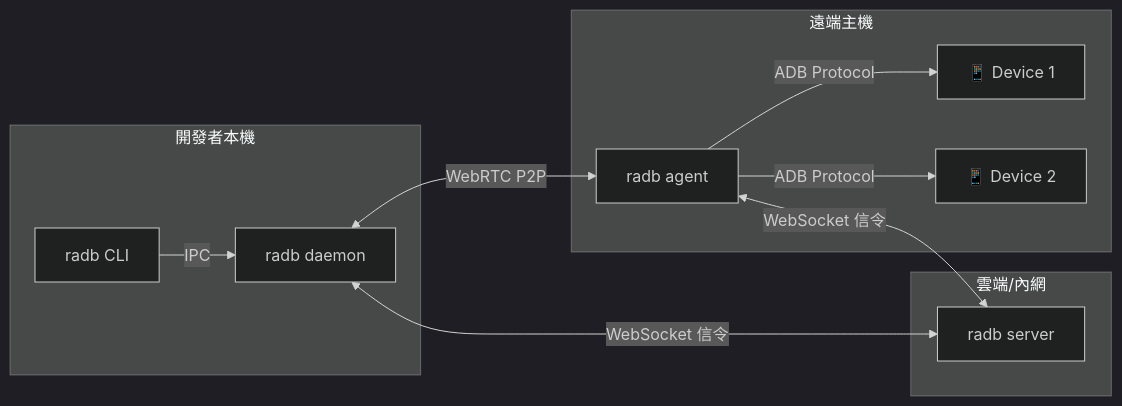
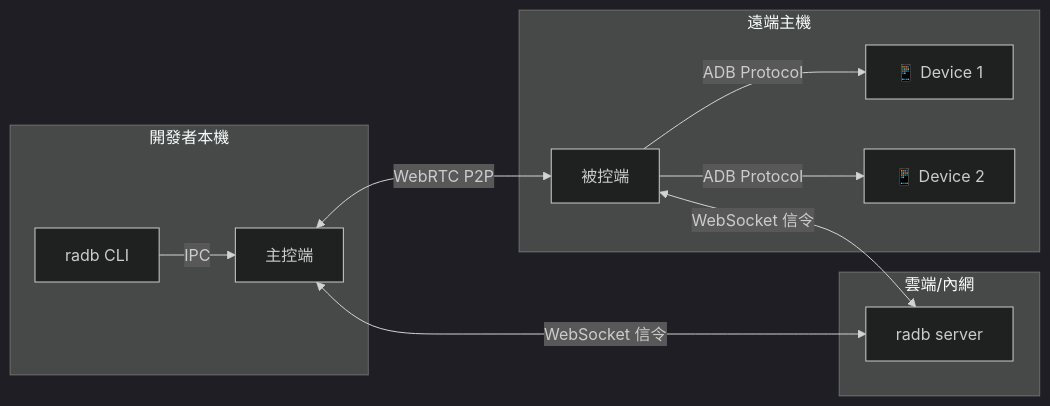
Before and after one commit to chris1004tw/remote-adb: the diagram in README.md, drawn with Mermaid (dark theme). The commit also changed other lines of this file, not shown here.

````diff
--- a/README.md
+++ b/README.md
@@ -30,24 +30,24 @@
 ```mermaid
 graph LR
     subgraph 開發者本機
         CLI[radb CLI]
-        Daemon[radb daemon]
+        Daemon[主控端]
     end
 
     subgraph 雲端/內網
         Signal[radb server]
     end
 
     subgraph 遠端主機
-        Agent[radb agent]
+        Agent[被控端]
         Phone1[📱 Device 1]
         Phone2[📱 Device 2]
     end
 
     CLI -->|IPC| Daemon
     Daemon <-->|WebRTC P2P| Agent
     Daemon <-->|WebSocket 信令| Signal
     Agent <-->|WebSocket 信令| Signal
     Agent -->|ADB Protocol| Phone1
     Agent -->|ADB Protocol| Phone2
 ```
````
